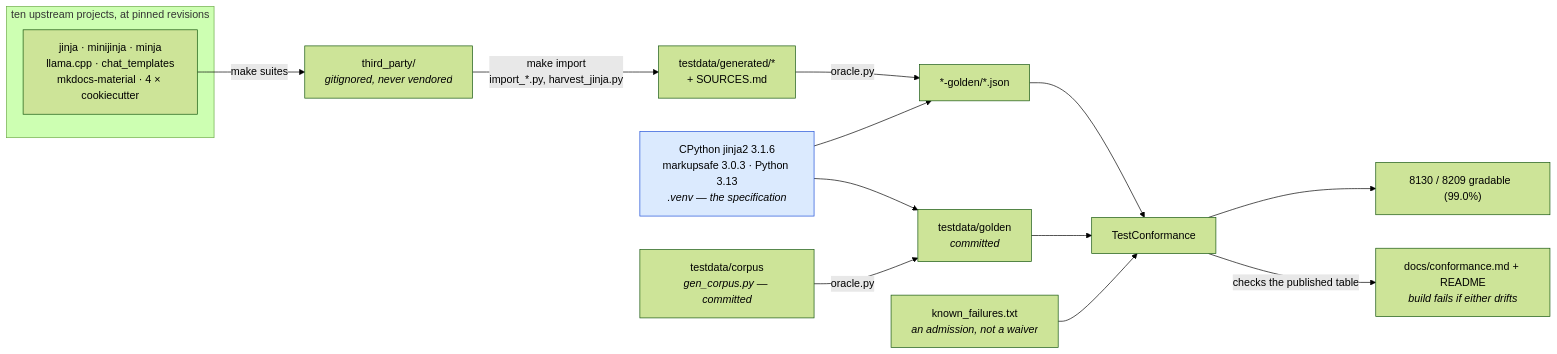
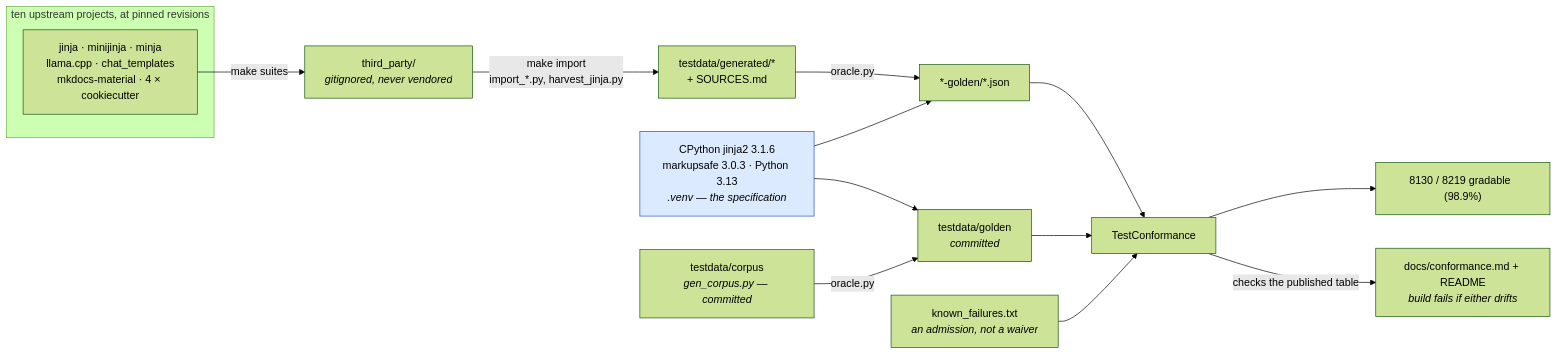
Before and after one commit to mgilbir/gojja2: the first of 2 diagrams in docs/conformance.md, drawn with Mermaid (forest theme). The commit also changed other lines of this file and 35 other files, not shown here.

````diff
--- a/docs/conformance.md
+++ b/docs/conformance.md
@@ -17,24 +17,24 @@
 ```mermaid
 flowchart LR
     subgraph up["ten upstream projects, at pinned revisions"]
         U1["jinja · minijinja · minja<br/>llama.cpp · chat_templates<br/>mkdocs-material · 4 × cookiecutter"]
     end
     U1 -->|"make suites"| TP["third_party/<br/><i>gitignored, never vendored</i>"]
     TP -->|"make import<br/>import_*.py, harvest_jinja.py"| GEN["testdata/generated/*<br/>+ SOURCES.md"]
 
     ORA["CPython jinja2 3.1.6<br/>markupsafe 3.0.3 · Python 3.13<br/><i>.venv — the specification</i>"]
     GEN -->|"oracle.py"| G2["*-golden/*.json"]
     ORA --> G2
 
     OWN["testdata/corpus<br/><i>gen_corpus.py — committed</i>"] -->|"oracle.py"| G1["testdata/golden<br/><i>committed</i>"]
     ORA --> G1
 
     G1 --> TC["TestConformance"]
     G2 --> TC
     KF["known_failures.txt<br/><i>an admission, not a waiver</i>"] --> TC
-    TC --> RATE["8130 / 8209 gradable  (99.0%)"]
+    TC --> RATE["8130 / 8219 gradable  (98.9%)"]
     TC -->|"checks the published table"| RM["docs/conformance.md + README<br/><i>build fails if either drifts</i>"]
 
     classDef spec fill:#dbeafe,stroke:#1d4ed8,color:#000
     class ORA spec
 ```
````
